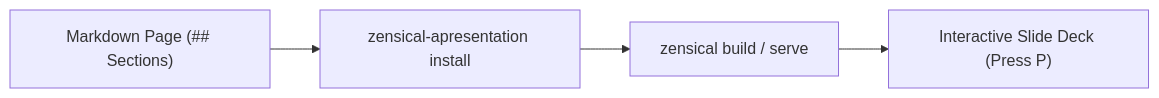
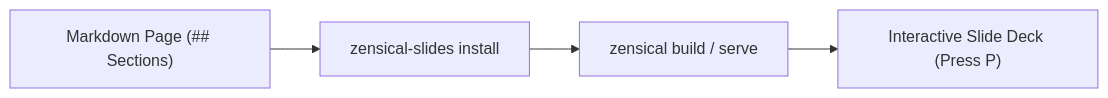
One commit to BeyondMagic/zensical-slides changed the diagram in documentation/content/index.md. Above: the diagram before and after it, drawn with Mermaid. The commit also changed other lines of this file, not shown here.

Commit message:
docs(index): update references to zensical-slides

````diff
--- a/documentation/content/index.md
+++ b/documentation/content/index.md
@@ -58,6 +58,6 @@
 ```mermaid
 flowchart LR
-    MD["Markdown Page (## Sections)"] --> CLI["zensical-apresentation install"]
+    MD["Markdown Page (## Sections)"] --> CLI["zensical-slides install"]
     CLI --> BUILD["zensical build / serve"]
     BUILD --> SLIDES["Interactive Slide Deck (Press P)"]
 ```
````
